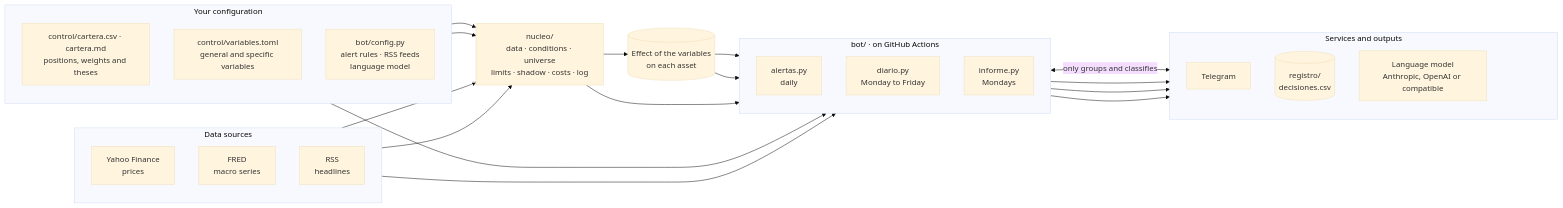
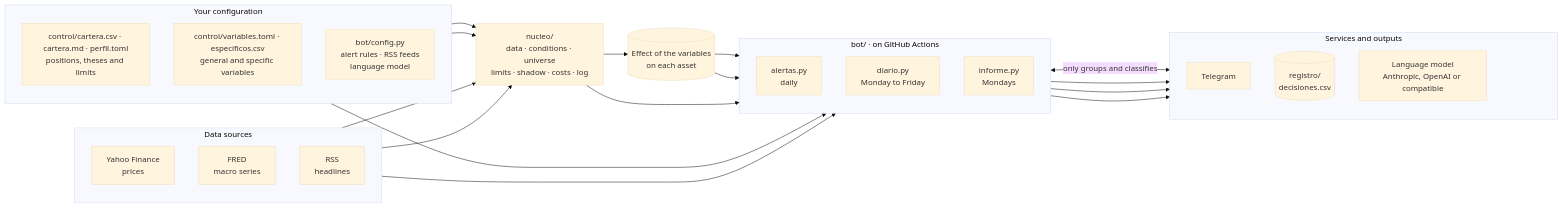
One commit to iyantp/asistente-financiero changed the diagram in README.en.md. Above: the diagram before and after it, drawn with Mermaid (base theme). The commit also changed other lines of this file and 25 other files, not shown here.

````diff
--- a/README.en.md
+++ b/README.en.md
@@ -141,42 +142,42 @@
 ```mermaid
 flowchart LR
     subgraph SRC[Data sources]
         direction TB
         Y[Yahoo Finance<br/>prices]
         F[FRED<br/>macro series]
         R[RSS<br/>headlines]
     end
     subgraph CFG[Your configuration]
         direction TB
-        CA[control/cartera.csv · cartera.md<br/>positions, weights and theses]
-        VA[control/variables.toml<br/>general and specific variables]
+        CA[control/cartera.csv · cartera.md · perfil.toml<br/>positions, theses and limits]
+        VA[control/variables.toml · especificos.csv<br/>general and specific variables]
         CB[bot/config.py<br/>alert rules · RSS feeds<br/>language model]
     end
     N[nucleo/<br/>data · conditions · universe<br/>limits · shadow · costs · log]
     M[(Effect of the variables<br/>on each asset)]
     subgraph BOT[bot/ · on GitHub Actions]
         direction TB
         A[alertas.py<br/>daily]
         D[diario.py<br/>Monday to Friday]
         I[informe.py<br/>Mondays]
     end
     subgraph OUT[Services and outputs]
         direction TB
         T[Telegram]
         RG[(registro/<br/>decisiones.csv)]
         LLM[Language model<br/>Anthropic, OpenAI or compatible]
         HUECO[" "]:::oculto
     end
     classDef oculto fill:none,stroke:none,color:transparent
 
     Y & F --> N
     CA & VA --> N
     N --> M
     N --> BOT
     CB --> BOT
     M --> D & I
     R --> D
     D <-->|only groups and classifies| LLM
     BOT --> T
     A & D --> RG
 ```
````
